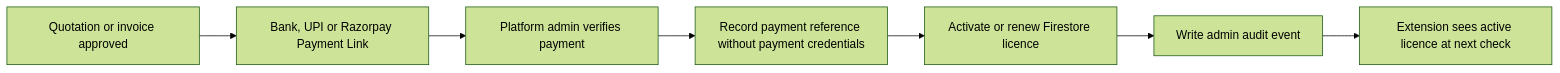
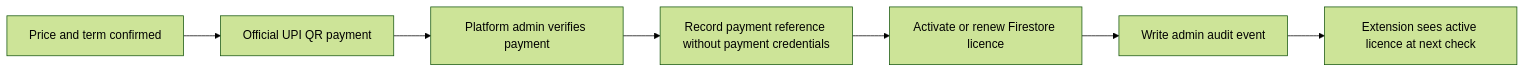
The tenth of 17 diagrams in BLUEPRINT.md (vasantsinghraji-byte/CLAIM-EXTENSION), drawn with Mermaid (forest theme) before and after one commit. The commit also changed other lines of this file and 32 other files, not shown here.

````diff
--- a/BLUEPRINT.md
+++ b/BLUEPRINT.md
@@ -576,9 +577,9 @@
 ```mermaid
 flowchart LR
-    A[Quotation or invoice approved] --> B[Bank, UPI or Razorpay Payment Link]
+    A[Price and term confirmed] --> B[Official UPI QR payment]
     B --> C[Platform admin verifies payment]
     C --> D[Record payment reference without payment credentials]
     D --> E[Activate or renew Firestore licence]
     E --> F[Write admin audit event]
     F --> G[Extension sees active licence at next check]
 ```
````
